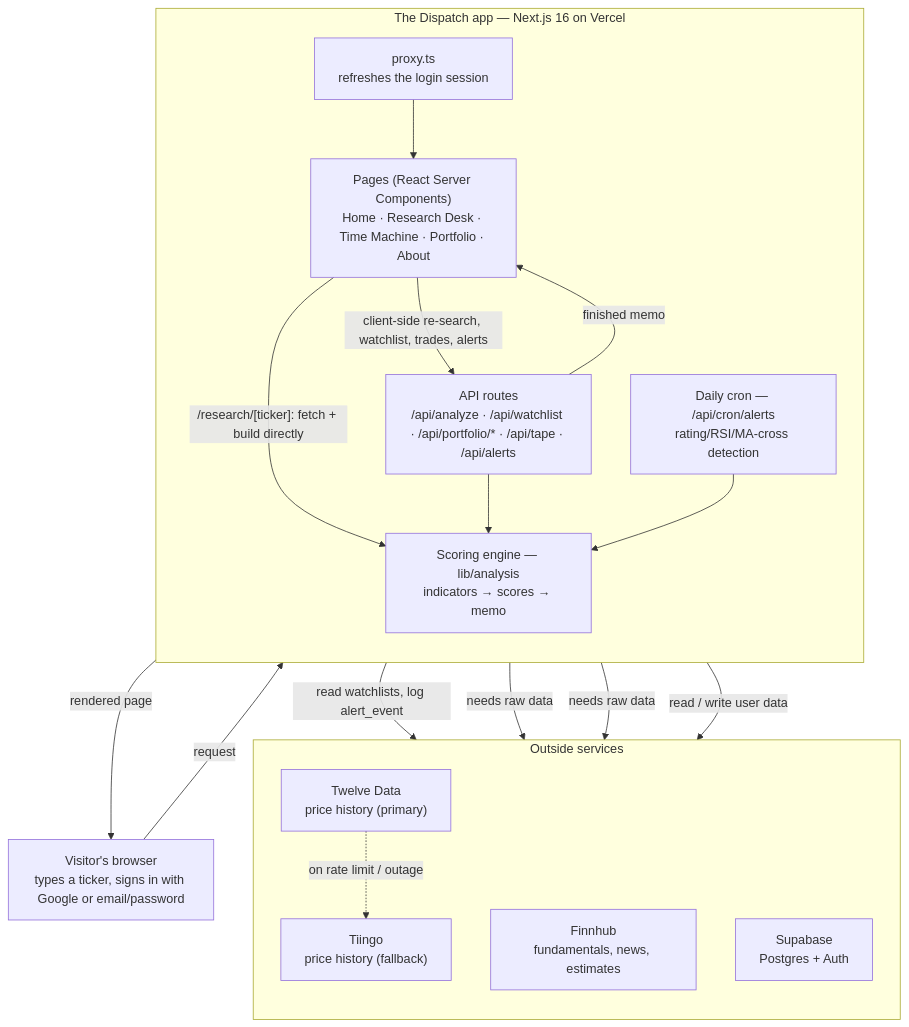
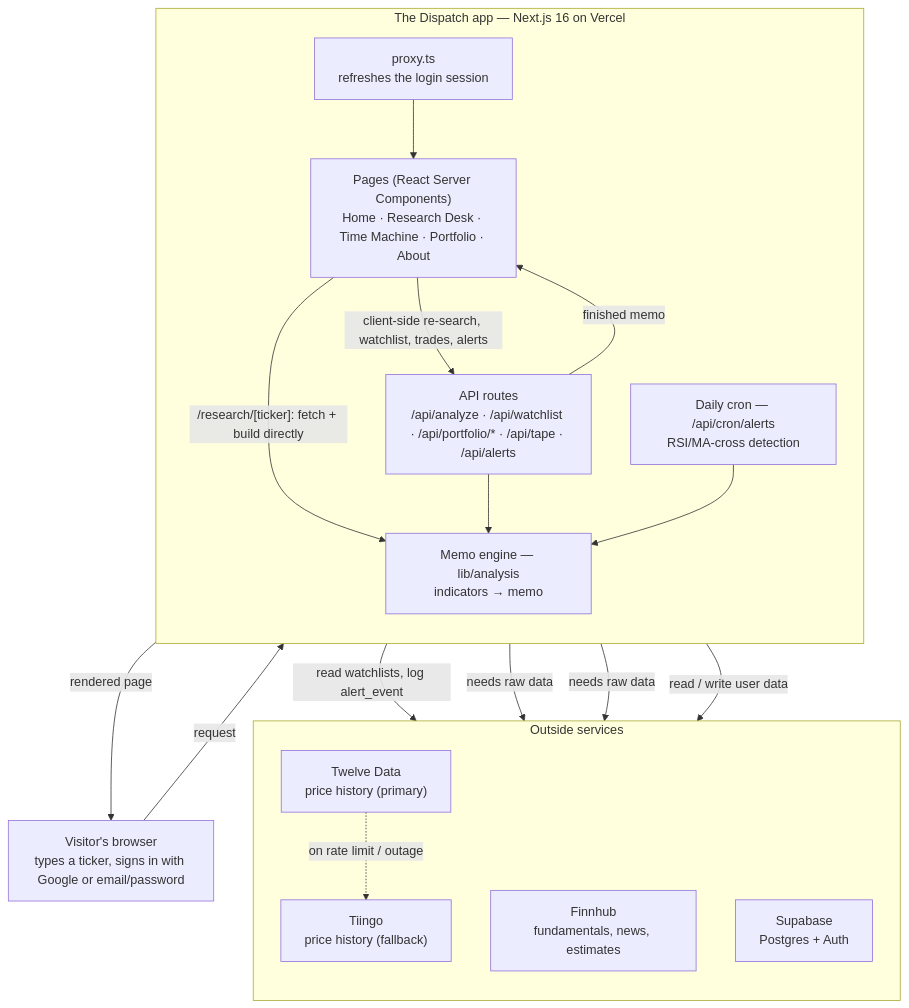
Before and after one commit to elipoteet/dispatch-web: the diagram in ARCHITECTURE.md, drawn with Mermaid. The commit also changed other lines of this file and 55 other files, not shown here.

````diff
--- a/ARCHITECTURE.md
+++ b/ARCHITECTURE.md
@@ -45,35 +45,35 @@
 ```mermaid
 flowchart TD
     U["Visitor's browser<br/>types a ticker, signs in with Google or email/password"]
 
     subgraph APP["The Dispatch app — Next.js 16 on Vercel"]
         direction TB
         PROXY["proxy.ts<br/>refreshes the login session"]
         PAGES["Pages (React Server Components)<br/>Home · Research Desk · Time Machine · Portfolio · About"]
         API["API routes<br/>/api/analyze · /api/watchlist · /api/portfolio/* · /api/tape · /api/alerts"]
-        CRON["Daily cron — /api/cron/alerts<br/>rating/RSI/MA-cross detection"]
-        ENGINE["Scoring engine — lib/analysis<br/>indicators → scores → memo"]
+        CRON["Daily cron — /api/cron/alerts<br/>RSI/MA-cross detection"]
+        ENGINE["Memo engine — lib/analysis<br/>indicators → memo"]
     end
 
     subgraph EXT["Outside services"]
         direction TB
         TD["Twelve Data<br/>price history (primary)"]
         TG["Tiingo<br/>price history (fallback)"]
         FH["Finnhub<br/>fundamentals, news, estimates"]
         SB["Supabase<br/>Postgres + Auth"]
     end
 
     U -->|request| PROXY
     PROXY --> PAGES
     PAGES -->|"/research/[ticker]: fetch + build directly"| ENGINE
     PAGES -->|"client-side re-search, watchlist, trades, alerts"| API
     API --> ENGINE
     CRON --> ENGINE
     CRON -->|read watchlists, log alert_event| SB
     ENGINE -->|needs raw data| TD
     TD -.->|"on rate limit / outage"| TG
     ENGINE -->|needs raw data| FH
     API -->|read / write user data| SB
     API -->|finished memo| PAGES
     PAGES -->|rendered page| U
 ```
````
